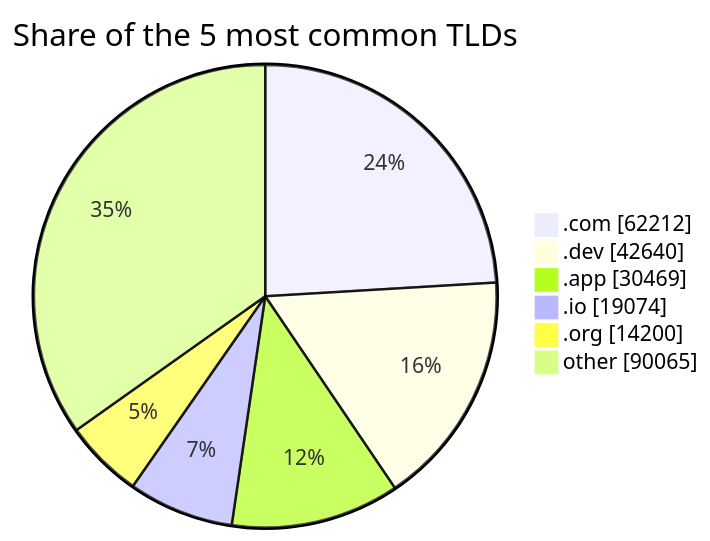
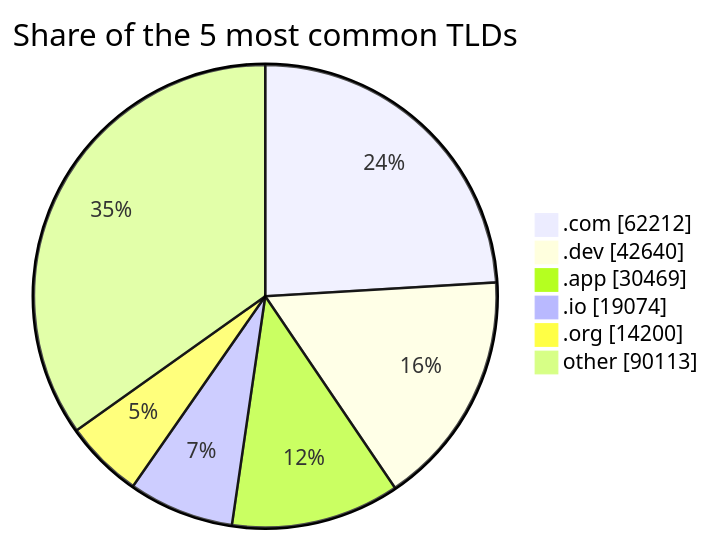
Before and after one commit to DNSBunker/CTI: the second of 2 diagrams in README.md, drawn with Mermaid. The commit also changed other lines of this file and 3 other files, not shown here.

````diff
--- a/README.md
+++ b/README.md
@@ -72,9 +72,9 @@
 ```mermaid
 pie showData title Share of the 5 most common TLDs
     ".com" : 62212
     ".dev" : 42640
     ".app" : 30469
     ".io" : 19074
     ".org" : 14200
-    "other" : 90065
+    "other" : 90113
 ```
````
